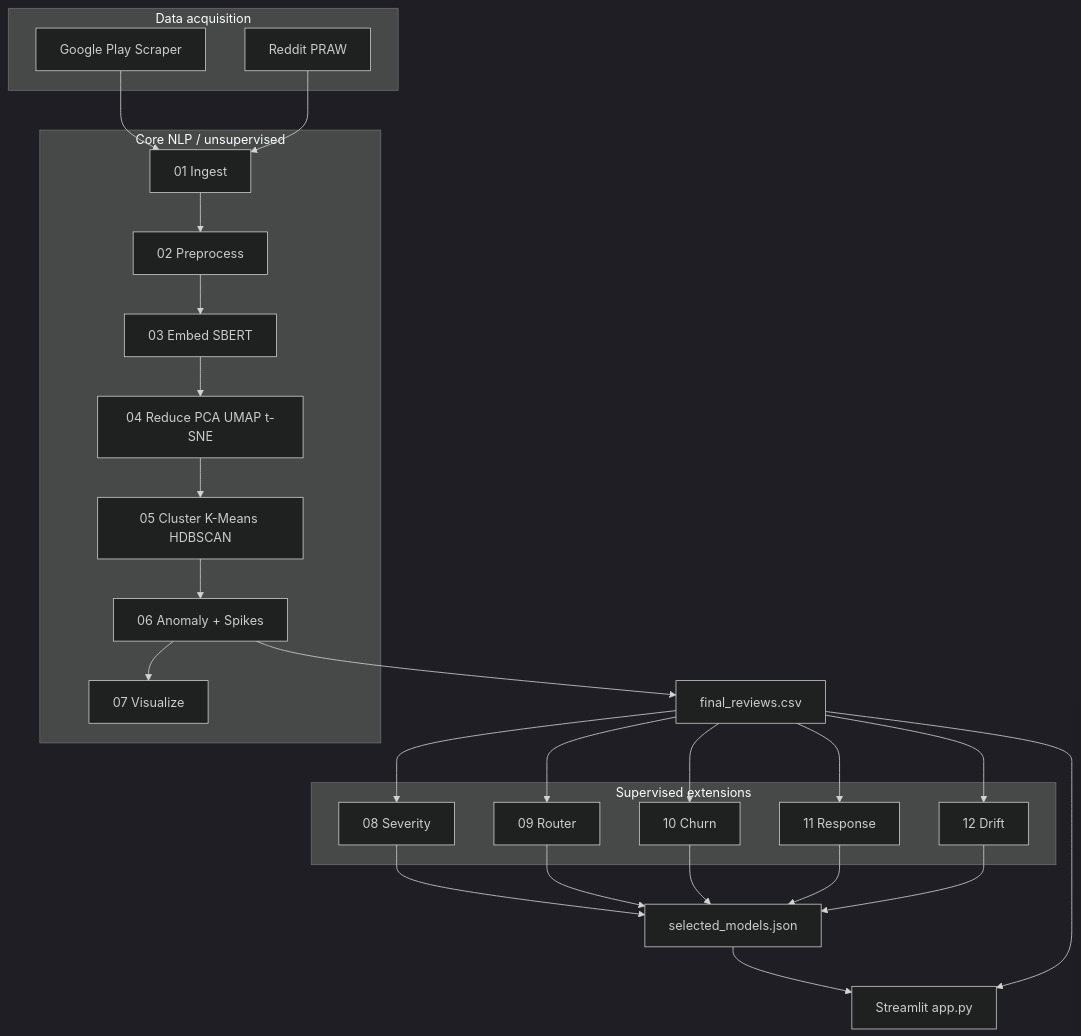
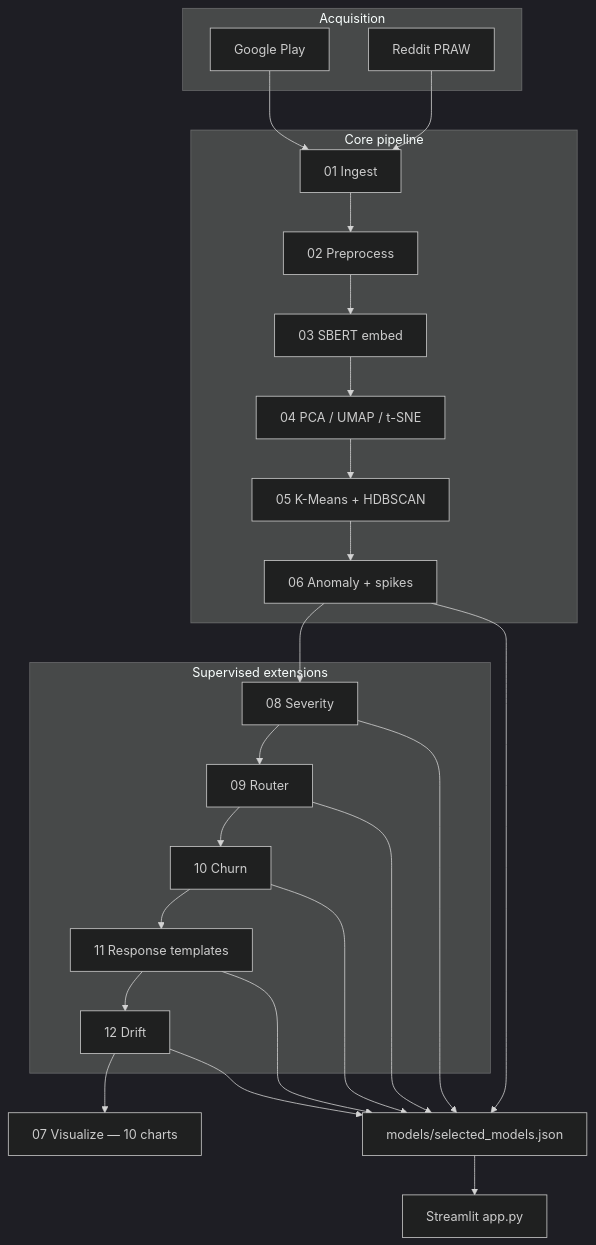
Before and after one commit to devikajonjale/Complaint-Intelligence-Engine-for-Indian-E-Commerce: the second of 3 diagrams in PROJECT_SUMMARY.md, drawn with Mermaid (dark theme). The commit also changed other lines of this file and 76 other files, not shown here.

````diff
--- a/PROJECT_SUMMARY.md
+++ b/PROJECT_SUMMARY.md
@@ -86,38 +103,38 @@
 ```mermaid
 flowchart TB
-  subgraph ingest["Data acquisition"]
-    GP[Google Play Scraper]
+  subgraph ingest["Acquisition"]
+    GP[Google Play]
     RD[Reddit PRAW]
   end
 
-  subgraph core["Core NLP / unsupervised"]
-    P01[01 Ingest]
-    P02[02 Preprocess]
-    P03[03 Embed SBERT]
-    P04[04 Reduce PCA UMAP t-SNE]
-    P05[05 Cluster K-Means HDBSCAN]
-    P06[06 Anomaly + Spikes]
-    P07[07 Visualize]
+  subgraph core["Core pipeline"]
+    S01[01 Ingest]
+    S02[02 Preprocess]
+    S03[03 SBERT embed]
+    S04[04 PCA / UMAP / t-SNE]
+    S05[05 K-Means + HDBSCAN]
+    S06[06 Anomaly + spikes]
   end
 
-  subgraph sup["Supervised extensions"]
-    M08[08 Severity]
-    M09[09 Router]
-    M10[10 Churn]
-    M11[11 Response]
-    M12[12 Drift]
+  subgraph ml["Supervised extensions"]
+    S08[08 Severity]
+    S09[09 Router]
+    S10[10 Churn]
+    S11[11 Response templates]
+    S12[12 Drift]
   end
 
-  GP --> P01
-  RD --> P01
-  P01 --> P02 --> P03 --> P04 --> P05 --> P06 --> P07
-  P06 --> FR[final_reviews.csv]
-  FR --> M08 & M09 & M10 & M11 & M12
-  M08 --> REG[selected_models.json]
-  M09 --> REG
-  M10 --> REG
-  M11 --> REG
-  M12 --> REG
+  S07[07 Visualize — 10 charts]
+
+  GP --> S01
+  RD --> S01
+  S01 --> S02 --> S03 --> S04 --> S05 --> S06
+  S06 --> S08 --> S09 --> S10 --> S11 --> S12 --> S07
+  S06 --> REG[models/selected_models.json]
+  S08 --> REG
+  S09 --> REG
+  S10 --> REG
+  S11 --> REG
+  S12 --> REG
   REG --> APP[Streamlit app.py]
-  FR --> APP
 ```
````
